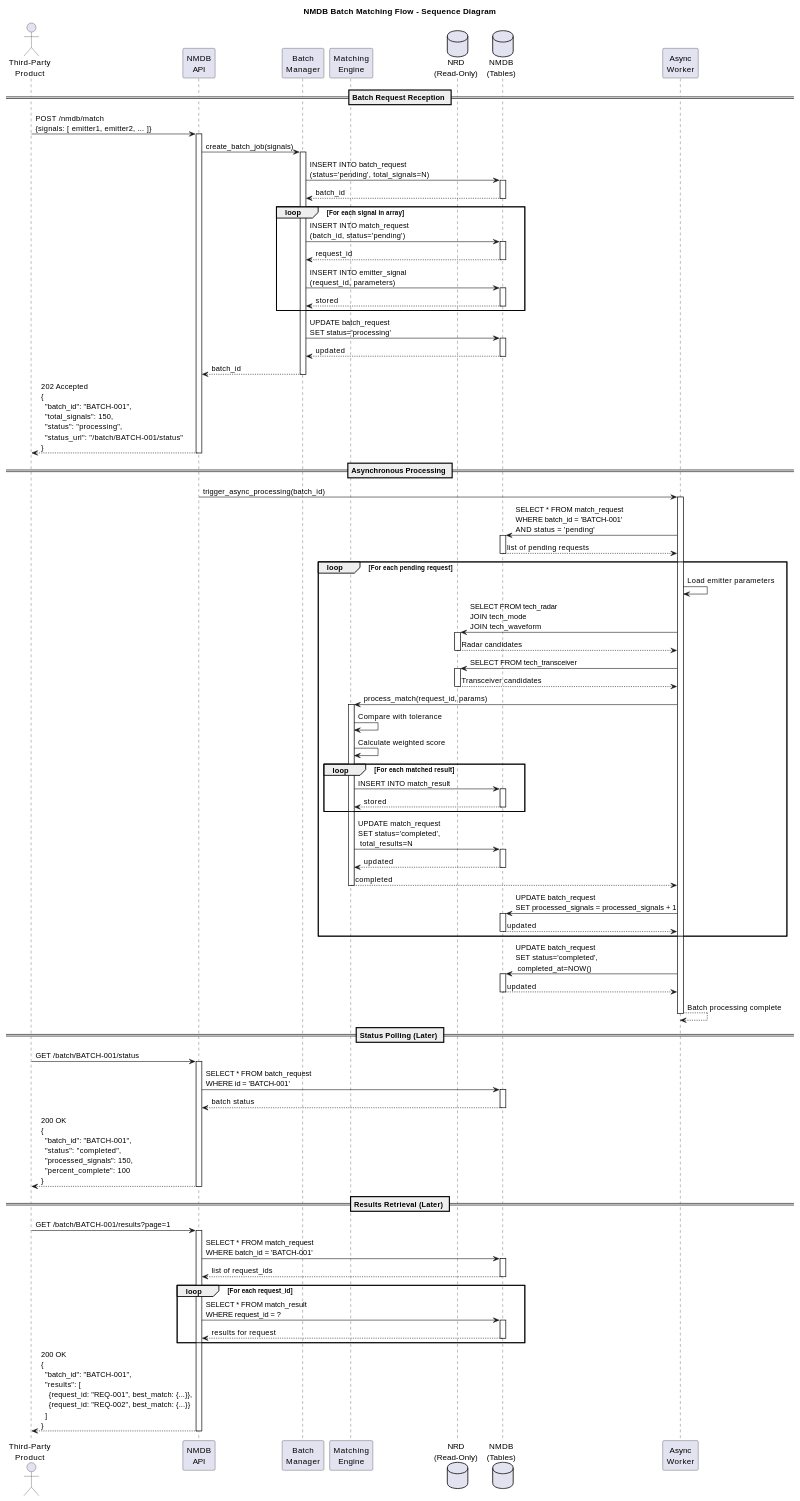
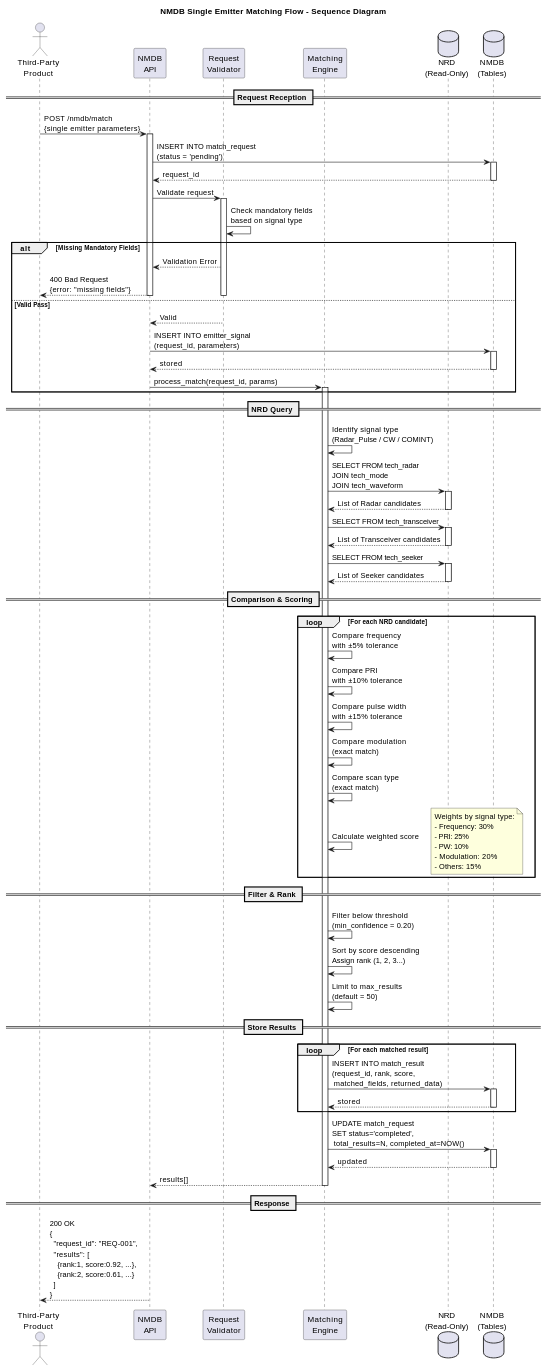
The diagram in README.md (Akash521/custom-kong), drawn with PlantUML before and after one commit.

```diff
--- a/README.md
+++ b/README.md
@@ -1,142 +1,115 @@
 @startuml
-' Batch Processing Sequence Diagram
-' Title: NMDB Batch Matching Flow
+' Single Emitter Matching Sequence Diagram
+' Title: NMDB Single Emitter Matching Flow
 
-title NMDB Batch Matching Flow - Sequence Diagram
+title NMDB Single Emitter Matching Flow - Sequence Diagram
 
 actor "Third-Party\nProduct" as Client
 participant "NMDB\nAPI" as API
-participant "Batch\nManager" as BatchMgr
+participant "Request\nValidator" as Validator
 participant "Matching\nEngine" as Engine
 database "NRD\n(Read-Only)" as NRD
 database "NMDB\n(Tables)" as NMDB
-participant "Async\nWorker" as Worker
 
-== Batch Request Reception ==
+== Request Reception ==
 
-Client -> API: POST /nmdb/match\n{signals: [ emitter1, emitter2, ... ]}
+Client -> API: POST /nmdb/match\n{single emitter parameters}
 activate API
 
-API -> BatchMgr: create_batch_job(signals)
-activate BatchMgr
-
-BatchMgr -> NMDB: INSERT INTO batch_request\n(status='pending', total_signals=N)
+API -> NMDB: INSERT INTO match_request\n(status = 'pending')
 activate NMDB
-NMDB --> BatchMgr: batch_id
+NMDB --> API: request_id
 deactivate NMDB
 
-loop For each signal in array
-    BatchMgr -> NMDB: INSERT INTO match_request\n(batch_id, status='pending')
+API -> Validator: Validate request
+activate Validator
+
+Validator -> Validator: Check mandatory fields\nbased on signal type
+
+alt Missing Mandatory Fields
+    Validator --> API: Validation Error
+    API --> Client: 400 Bad Request\n{error: "missing fields"}
+    deactivate Validator
+    deactivate API
+else Valid Pass
+    Validator --> API: Valid
+    deactivate Validator
+    
+    API -> NMDB: INSERT INTO emitter_signal\n(request_id, parameters)
     activate NMDB
-    NMDB --> BatchMgr: request_id
+    NMDB --> API: stored
     deactivate NMDB
     
-    BatchMgr -> NMDB: INSERT INTO emitter_signal\n(request_id, parameters)
+    API -> Engine: process_match(request_id, params)
+    activate Engine
+end
+
+== NRD Query ==
+
+Engine -> Engine: Identify signal type\n(Radar_Pulse / CW / COMINT)
+
+Engine -> NRD: SELECT FROM tech_radar\nJOIN tech_mode\nJOIN tech_waveform
+activate NRD
+NRD --> Engine: List of Radar candidates
+deactivate NRD
+
+Engine -> NRD: SELECT FROM tech_transceiver
+activate NRD
+NRD --> Engine: List of Transceiver candidates
+deactivate NRD
+
+Engine -> NRD: SELECT FROM tech_seeker
+activate NRD
+NRD --> Engine: List of Seeker candidates
+deactivate NRD
+
+== Comparison & Scoring ==
+
+loop For each NRD candidate
+    Engine -> Engine: Compare frequency\nwith ±5% tolerance
+    Engine -> Engine: Compare PRI\nwith ±10% tolerance
+    Engine -> Engine: Compare pulse width\nwith ±15% tolerance
+    Engine -> Engine: Compare modulation\n(exact match)
+    Engine -> Engine: Compare scan type\n(exact match)
+    Engine -> Engine: Calculate weighted score
+    note right
+        Weights by signal type:
+        - Frequency: 30%
+        - PRI: 25%
+        - PW: 10%
+        - Modulation: 20%
+        - Others: 15%
+    end note
+end
+
+== Filter & Rank ==
+
+Engine -> Engine: Filter below threshold\n(min_confidence = 0.20)
+
+Engine -> Engine: Sort by score descending\nAssign rank (1, 2, 3...)
+
+Engine -> Engine: Limit to max_results\n(default = 50)
+
+== Store Results ==
+
+loop For each matched result
+    Engine -> NMDB: INSERT INTO match_result\n(request_id, rank, score,\n matched_fields, returned_data)
     activate NMDB
-    NMDB --> BatchMgr: stored
+    NMDB --> Engine: stored
     deactivate NMDB
 end
 
-BatchMgr -> NMDB: UPDATE batch_request\nSET status='processing'
+Engine -> NMDB: UPDATE match_request\nSET status='completed',\n total_results=N, completed_at=NOW()
 activate NMDB
-NMDB --> BatchMgr: updated
+NMDB --> Engine: updated
 deactivate NMDB
 
-BatchMgr --> API: batch_id
-deactivate BatchMgr
+Engine --> API: results[]
+deactivate Engine
 
-API --> Client: 202 Accepted\n{\n  "batch_id": "BATCH-001",\n  "total_signals": 150,\n  "status": "processing",\n  "status_url": "/batch/BATCH-001/status"\n}
-deactivate API
+== Response ==
 
-== Asynchronous Processing ==
-
-API -> Worker: trigger_async_processing(batch_id)
-activate Worker
-
-Worker -> NMDB: SELECT * FROM match_request\nWHERE batch_id = 'BATCH-001'\nAND status = 'pending'
-activate NMDB
-NMDB --> Worker: list of pending requests
-deactivate NMDB
-
-loop For each pending request
-    Worker -> Worker: Load emitter parameters
-    
-    Worker -> NRD: SELECT FROM tech_radar\nJOIN tech_mode\nJOIN tech_waveform
-    activate NRD
-    NRD --> Worker: Radar candidates
-    deactivate NRD
-    
-    Worker -> NRD: SELECT FROM tech_transceiver
-    activate NRD
-    NRD --> Worker: Transceiver candidates
-    deactivate NRD
-    
-    Worker -> Engine: process_match(request_id, params)
-    activate Engine
-    
-    Engine -> Engine: Compare with tolerance
-    Engine -> Engine: Calculate weighted score
-    
-    loop For each matched result
-        Engine -> NMDB: INSERT INTO match_result
-        activate NMDB
-        NMDB --> Engine: stored
-        deactivate NMDB
-    end
-    
-    Engine -> NMDB: UPDATE match_request\nSET status='completed',\n total_results=N
-    activate NMDB
-    NMDB --> Engine: updated
-    deactivate NMDB
-    
-    Engine --> Worker: completed
-    deactivate Engine
-    
-    Worker -> NMDB: UPDATE batch_request\nSET processed_signals = processed_signals + 1
-    activate NMDB
-    NMDB --> Worker: updated
-    deactivate NMDB
-end
-
-Worker -> NMDB: UPDATE batch_request\nSET status='completed',\n completed_at=NOW()
-activate NMDB
-NMDB --> Worker: updated
-deactivate NMDB
-
-Worker --> Worker: Batch processing complete
-deactivate Worker
-
-== Status Polling (Later) ==
-
-Client -> API: GET /batch/BATCH-001/status
-activate API
-
-API -> NMDB: SELECT * FROM batch_request\nWHERE id = 'BATCH-001'
-activate NMDB
-NMDB --> API: batch status
-deactivate NMDB
-
-API --> Client: 200 OK\n{\n  "batch_id": "BATCH-001",\n  "status": "completed",\n  "processed_signals": 150,\n  "percent_complete": 100\n}
-deactivate API
-
-== Results Retrieval (Later) ==
-
-Client -> API: GET /batch/BATCH-001/results?page=1
-activate API
-
-API -> NMDB: SELECT * FROM match_request\nWHERE batch_id = 'BATCH-001'
-activate NMDB
-NMDB --> API: list of request_ids
-deactivate NMDB
-
-loop For each request_id
-    API -> NMDB: SELECT * FROM match_result\nWHERE request_id = ?
-    activate NMDB
-    NMDB --> API: results for request
-    deactivate NMDB
-end
-
-API --> Client: 200 OK\n{\n  "batch_id": "BATCH-001",\n  "results": [\n    {request_id: "REQ-001", best_match: {...}},\n    {request_id: "REQ-002", best_match: {...}}\n  ]\n}
+API --> Client: 200 OK\n{\n  "request_id": "REQ-001",\n  "results": [\n    {rank:1, score:0.92, ...},\n    {rank:2, score:0.61, ...}\n  ]\n}
 deactivate API
 
 @enduml
```
